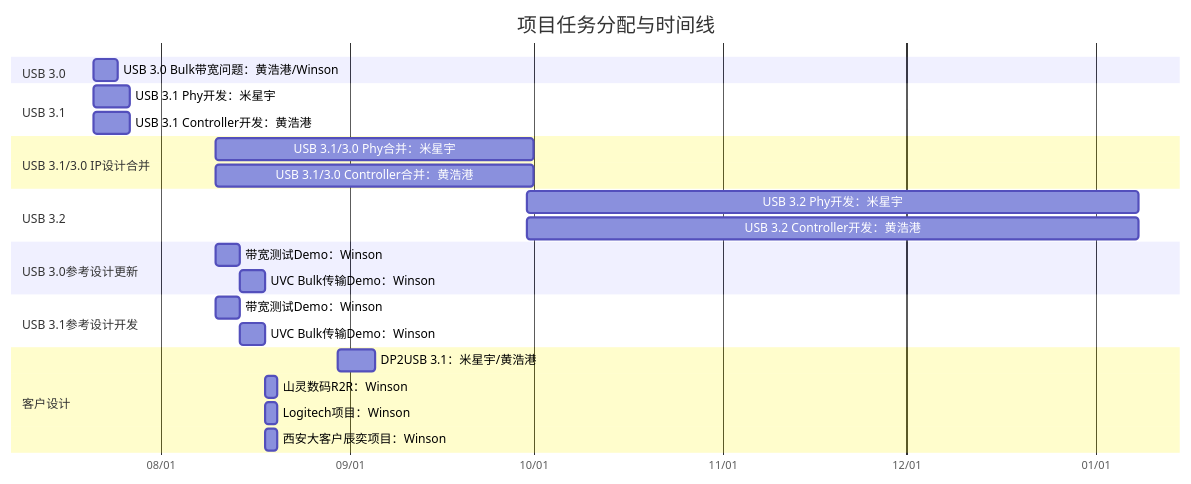
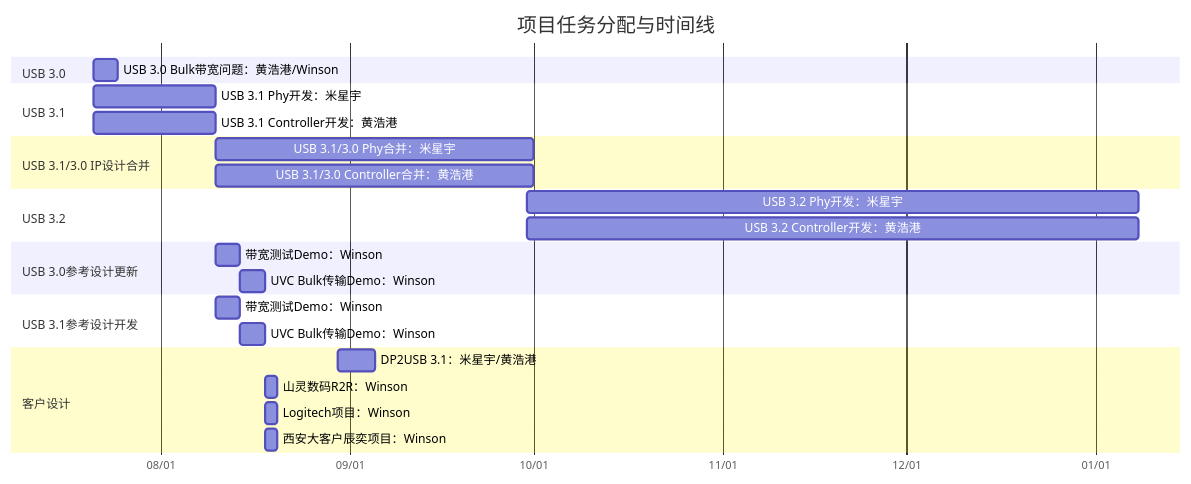
The diagram in all/未命名.md (winsonbook/iodraw-files), drawn with Mermaid before and after one commit.

Commit message:
2025-07-21 10:10:01 update

````diff
--- a/all/未命名.md
+++ b/all/未命名.md
@@ -1,35 +1,35 @@
 ```mermaid
 gantt
     title 项目任务分配与时间线
     dateFormat  YYYY-MM-DD
     axisFormat  %m/%d
 
     section USB 3.0
     USB 3.0 Bulk带宽问题：黄浩港/Winson   :    task1, 2025-07-21, 4d
 
     section USB 3.1
-    USB 3.1 Phy开发：米星宇      :         task2, 2025-07-21, 6d
-    USB 3.1 Controller开发：黄浩港      :  task3, 2025-07-21, 6d
+    USB 3.1 Phy开发：米星宇      :         task2, 2025-07-21, 20d
+    USB 3.1 Controller开发：黄浩港      :  task3, 2025-07-21, 20d
 
     section USB 3.1/3.0 IP设计合并
     USB 3.1/3.0 Phy合并：米星宇       :    task4, 2025-08-10, 52d
     USB 3.1/3.0 Controller合并：黄浩港:    task5, 2025-08-10, 52d
 
     section USB 3.2
     USB 3.2 Phy开发：米星宇      :         task2, 2025-09-30, 100d
     USB 3.2 Controller开发：黄浩港      :  task3, 2025-09-30, 100d
 
     section USB 3.0参考设计更新
     带宽测试Demo：Winson       :         task6, 2025-08-10, 4d
     UVC Bulk传输Demo：Winson   :        task7, 2025-08-14, 4d
 
     section USB 3.1参考设计开发
     带宽测试Demo：Winson       :         task8, 2025-08-10, 4d
     UVC Bulk传输Demo：Winson   :         task9, 2025-08-14, 4d
 
     section 客户设计
     DP2USB 3.1：米星宇/黄浩港      :task10, 2025-08-30, 6d
     山灵数码R2R：Winson :             task11, 2025-08-18, 2d
     Logitech项目：Winson :            task12, 2025-08-18, 2d
     西安大客户辰奕项目：Winson :       task13, 2025-08-18, 2d
 ```
````
